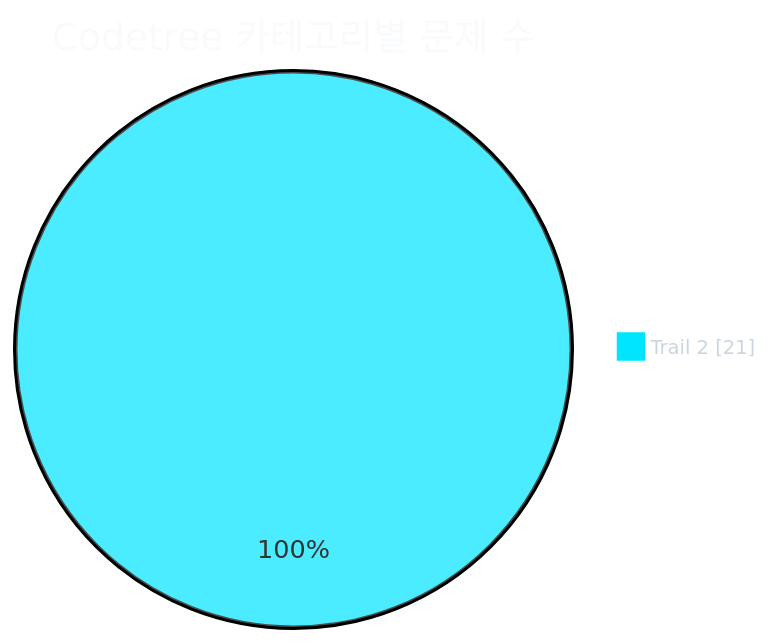
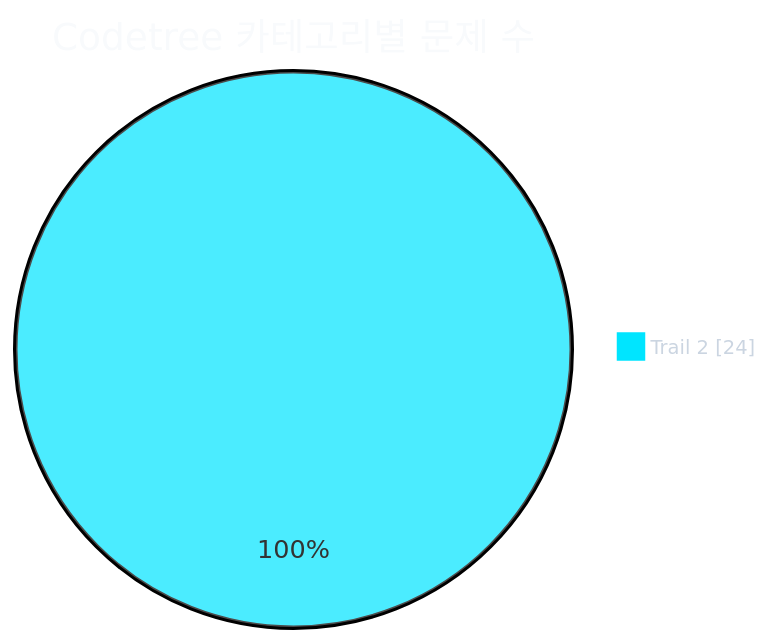
The first of 2 diagrams in readme.md (CHOOSLA/Algorithm), drawn with Mermaid before and after one commit. The commit also changed other lines of this file and 9 other files, not shown here.

Commit message:
refactor: README 자동화 빌더 모듈화 및 GHA Amend 강제푸시 워크플로우 도입

````diff
--- a/readme.md
+++ b/readme.md
@@ -31,21 +31,21 @@
 ```mermaid
 ---
 config:
   theme: base
   themeVariables:
     background: '#0d1117'
     pieTitleTextColor: '#f8fafc'
     pieLegendTextColor: '#cbd5e1'
     pieLegendTextSize: '13px'
     pie1: '#00e5ff'
     pie2: '#22c55e'
     pie3: '#f59e0b'
     pie4: '#a855f7'
     pie5: '#ec4899'
     pie6: '#3b82f6'
     pie7: '#64748b'
 ---
 pie showData
   title Codetree 카테고리별 문제 수
-  "Trail 2" : 21
+  "Trail 2" : 24
 ```
````
